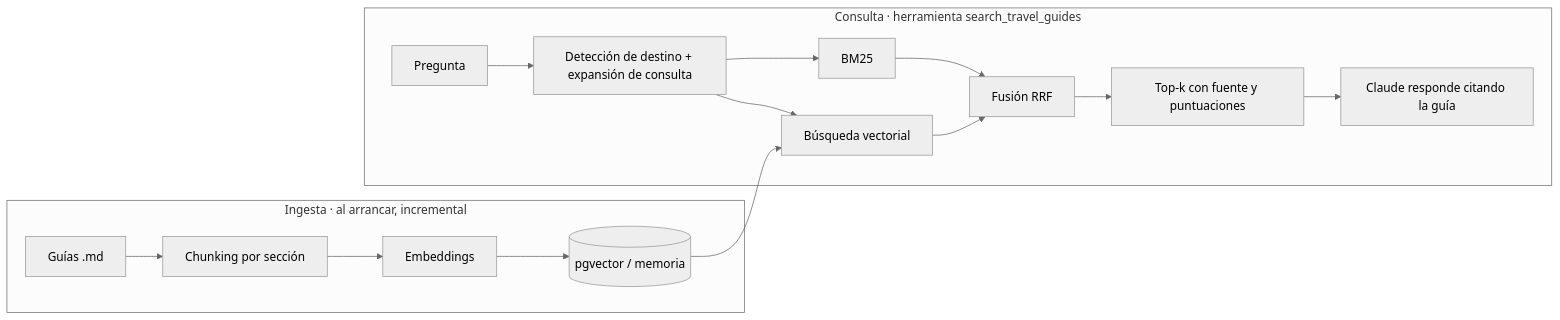
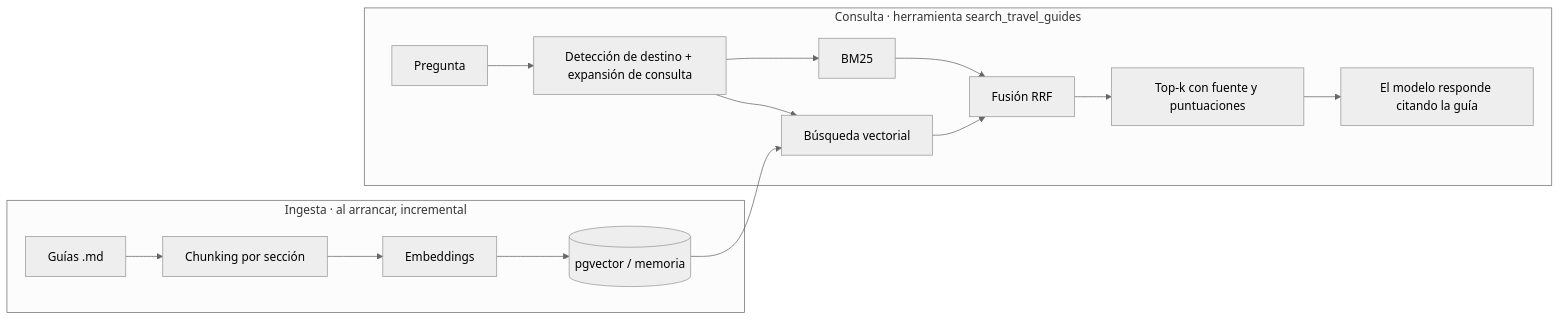
One commit to Binteak/rumbo-ai changed the third of 3 diagrams in README.md. Above: the diagram before and after it, drawn with Mermaid (neutral theme). The commit also changed other lines of this file, not shown here.

````diff
--- a/README.md
+++ b/README.md
@@ -179,15 +152,15 @@
 ```mermaid
 flowchart LR
   subgraph Ingesta [Ingesta · al arrancar, incremental]
     MD[Guías .md] --> Chunk[Chunking por sección] --> Emb[Embeddings] --> Store[(pgvector / memoria)]
   end
   subgraph Consulta [Consulta · herramienta search_travel_guides]
     Q[Pregunta] --> Exp[Detección de destino + expansión de consulta]
     Exp --> BM25[BM25]
     Exp --> Vec[Búsqueda vectorial]
     BM25 --> RRF[Fusión RRF]
     Vec --> RRF
-    RRF --> Top[Top-k con fuente y puntuaciones] --> LLM[Claude responde citando la guía]
+    RRF --> Top[Top-k con fuente y puntuaciones] --> LLM[El modelo responde citando la guía]
   end
   Store --> Vec
 ```
````
